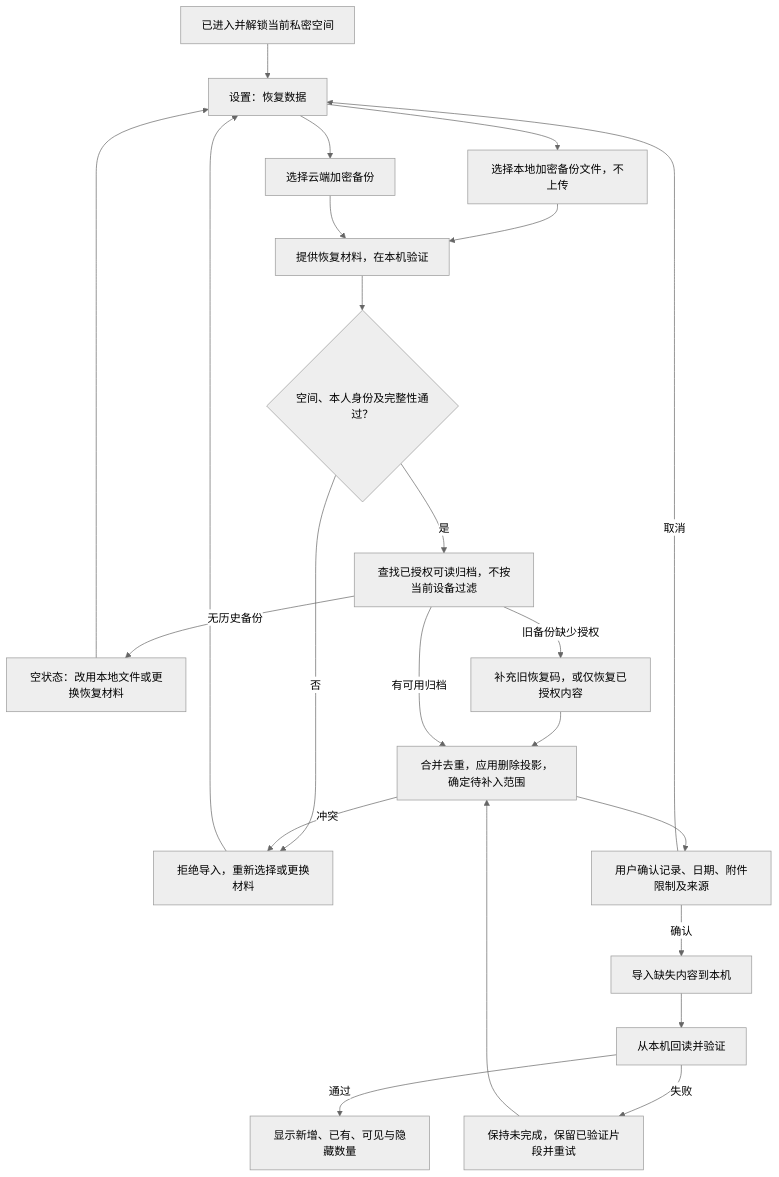
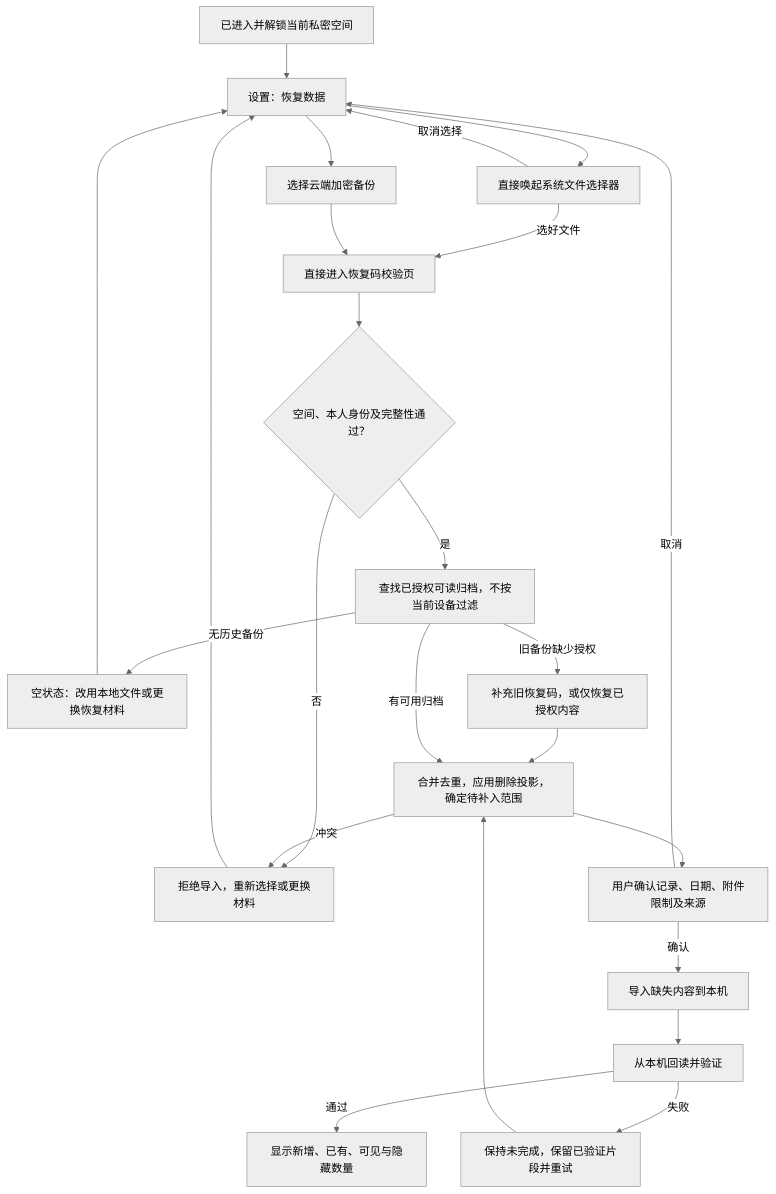
One commit to zdaiwmm/shui-IM changed the second of 3 diagrams in docs/requirements/2026-09-28-backup-recovery/flow.md. Above: the diagram before and after it, drawn with Mermaid (neutral theme). The commit also changed other lines of this file and 5 other files, not shown here.

````diff
--- a/docs/requirements/2026-09-28-backup-recovery/flow.md
+++ b/docs/requirements/2026-09-28-backup-recovery/flow.md
@@ -39,25 +39,26 @@
 ```mermaid
 flowchart TD
   A["已进入并解锁当前私密空间"] --> B["设置：恢复数据"]
-  B --> L["选择本地加密备份文件，不上传"]
+  B --> L["直接唤起系统文件选择器"]
   B --> C["选择云端加密备份"]
-  L --> K["提供恢复材料，在本机验证"]
+  L -->|"取消选择"| B
+  L -->|"选好文件"| K["直接进入恢复码校验页"]
   C --> K
   K --> V{"空间、本人身份及完整性通过？"}
   V -->|"否"| E["拒绝导入，重新选择或更换材料"]
   E --> B
   V -->|"是"| D["查找已授权可读归档，不按当前设备过滤"]
   D -->|"无历史备份"| NONE["空状态：改用本地文件或更换恢复材料"]
   NONE --> B
   D -->|"旧备份缺少授权"| OLD["补充旧恢复码，或仅恢复已授权内容"]
   OLD --> M
   D -->|"有可用归档"| M["合并去重，应用删除投影，确定待补入范围"]
   M -->|"冲突"| E
   M --> PRE["用户确认记录、日期、附件限制及来源"]
   PRE -->|"取消"| B
   PRE -->|"确认"| I["导入缺失内容到本机"]
   I --> CHECK["从本机回读并验证"]
   CHECK -->|"通过"| OK["显示新增、已有、可见与隐藏数量"]
   CHECK -->|"失败"| RETRY["保持未完成，保留已验证片段并重试"]
   RETRY --> M
 ```
````
